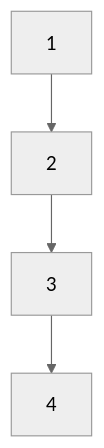
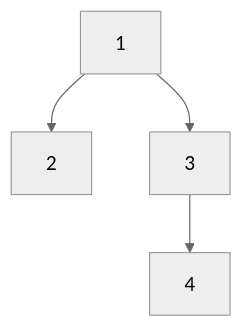
One commit to SachinyadavAug20/My-Obsidian-notes changed the fourth of 7 diagrams in Notes/Programing/DSA/Algorithum/Disjoint set union.md. Above: the diagram before and after it, drawn with Mermaid (neutral theme). The commit also changed other lines of this file and 3 other files, not shown here.

````diff
--- a/Notes/Programing/DSA/Algorithum/Disjoint set union.md
+++ b/Notes/Programing/DSA/Algorithum/Disjoint set union.md
@@ -32,5 +32,7 @@
 ```mermaid
 graph TD
-    1-->2-->3-->4
+    1-->2
+    1-->3
+    3-->4
     
 ```
````
